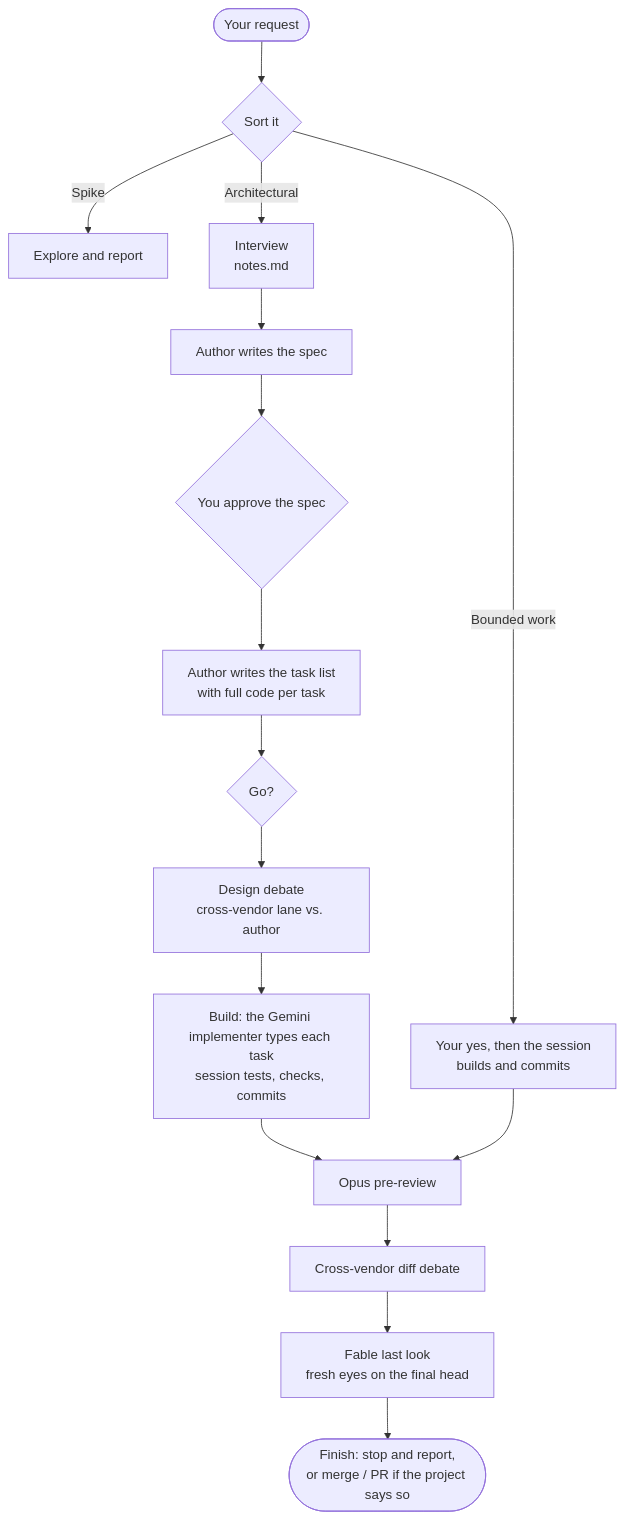
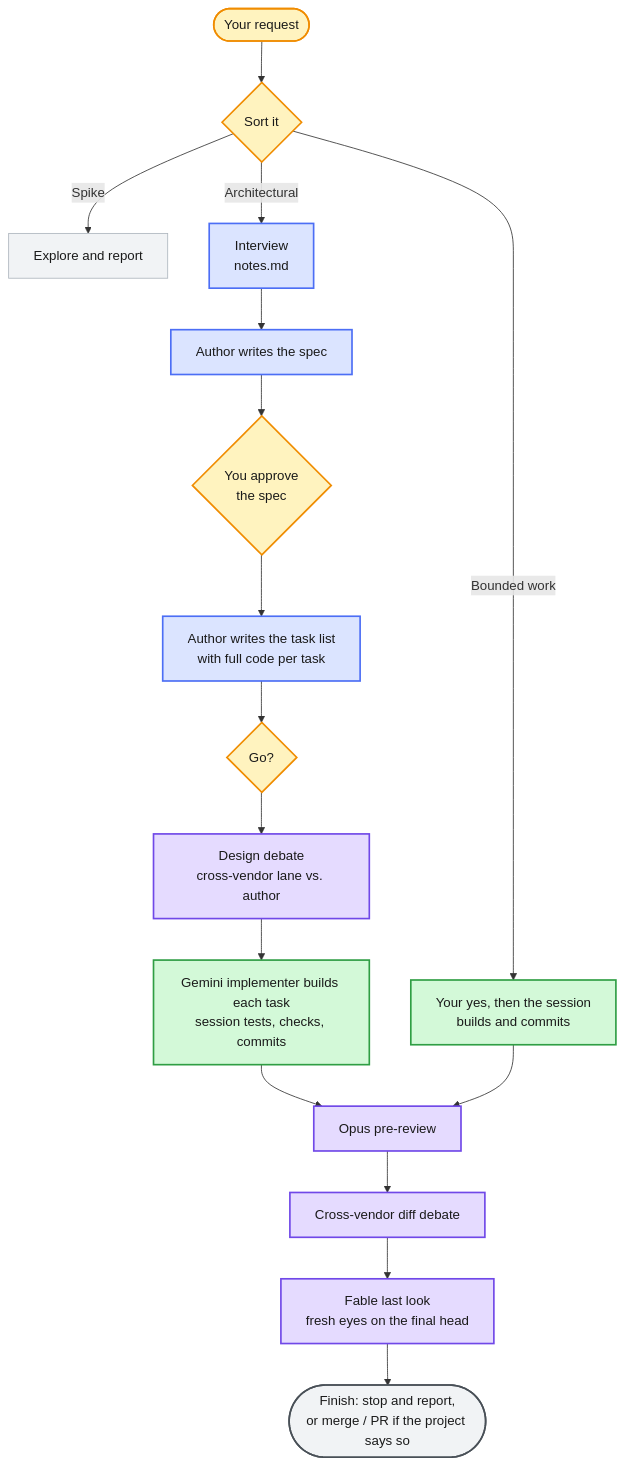
One commit to Bmwascher/parsec changed the diagram in README.md. Above: the diagram before and after it, drawn with Mermaid. The commit also changed other lines of this file and 2 other files, not shown here.

Commit message:
README: banner, colored flow and labels, grouped safety rails

````diff
--- a/README.md
+++ b/README.md
@@ -73,20 +69,27 @@
 ```mermaid
 flowchart TD
-    R([Your request]) --> C{Sort it}
-    C -->|Spike| SP[Explore and report]
-    C -->|Bounded work| BW[Your yes, then the session<br/>builds and commits]
-    C -->|Architectural| I[Interview<br/>notes.md]
+    R([Your request]):::you --> C{Sort it}:::you
+    C -->|Spike| SP[Explore and report]:::quiet
+    C -->|Bounded work| BW[Your yes, then the session<br/>builds and commits]:::build
+    C -->|Architectural| I[Interview<br/>notes.md]:::brainstorm
 
-    I --> S[Author writes the spec]
-    S --> A{You approve the spec}
-    A --> T[Author writes the task list<br/>with full code per task]
-    T --> G{Go?}
-    G --> DD[Design debate<br/>cross-vendor lane vs. author]
-    DD --> B[Build: the Gemini implementer types each task<br/>session tests, checks, commits]
+    I --> S[Author writes the spec]:::brainstorm
+    S --> A{You approve<br/>the spec}:::you
+    A --> T[Author writes the task list<br/>with full code per task]:::brainstorm
+    T --> G{Go?}:::you
+    G --> DD[Design debate<br/>cross-vendor lane vs. author]:::review
+    DD --> B[Gemini implementer builds each task<br/>session tests, checks, commits]:::build
 
-    B --> P[Opus pre-review]
+    B --> P[Opus pre-review]:::review
     BW --> P
-    P --> X[Cross-vendor diff debate]
-    X --> L[Fable last look<br/>fresh eyes on the final head]
-    L --> F([Finish: stop and report,<br/>or merge / PR if the project says so])
+    P --> X[Cross-vendor diff debate]:::review
+    X --> L[Fable last look<br/>fresh eyes on the final head]:::review
+    L --> F([Finish: stop and report,<br/>or merge / PR if the project says so]):::done
+
+    classDef you fill:#fff3bf,stroke:#f08c00,stroke-width:2px,color:#1a1a1a
+    classDef brainstorm fill:#dbe4ff,stroke:#4c6ef5,stroke-width:2px,color:#1a1a1a
+    classDef build fill:#d3f9d8,stroke:#2f9e44,stroke-width:2px,color:#1a1a1a
+    classDef review fill:#e5dbff,stroke:#7048e8,stroke-width:2px,color:#1a1a1a
+    classDef quiet fill:#f1f3f5,stroke:#adb5bd,color:#1a1a1a
+    classDef done fill:#f1f3f5,stroke:#495057,stroke-width:2px,color:#1a1a1a
 ```
````
